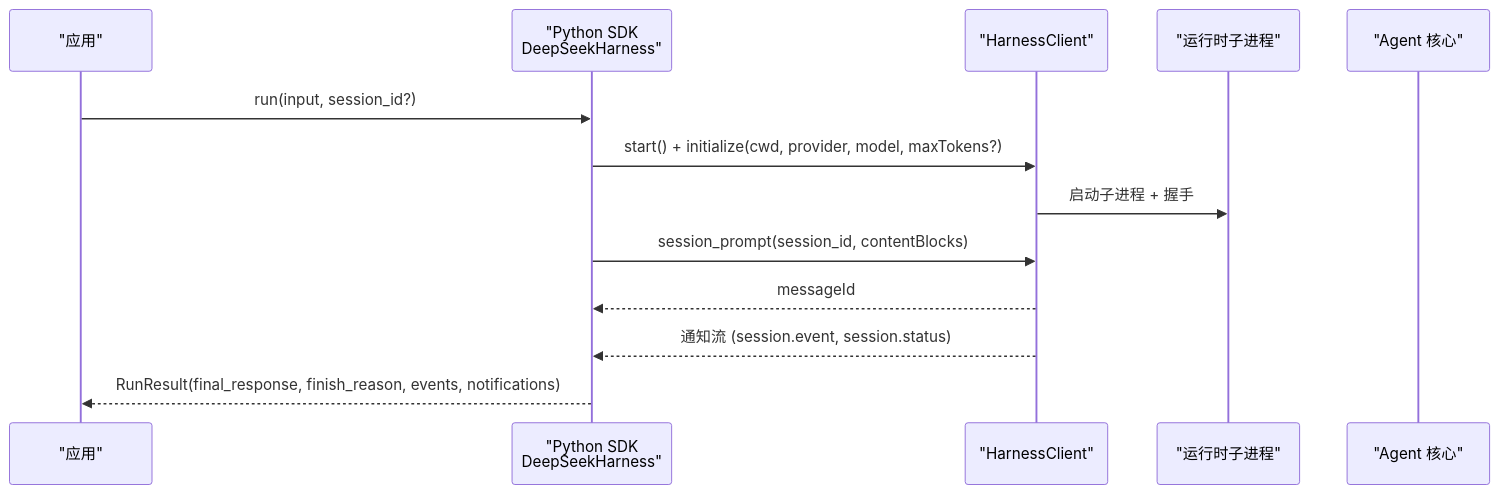
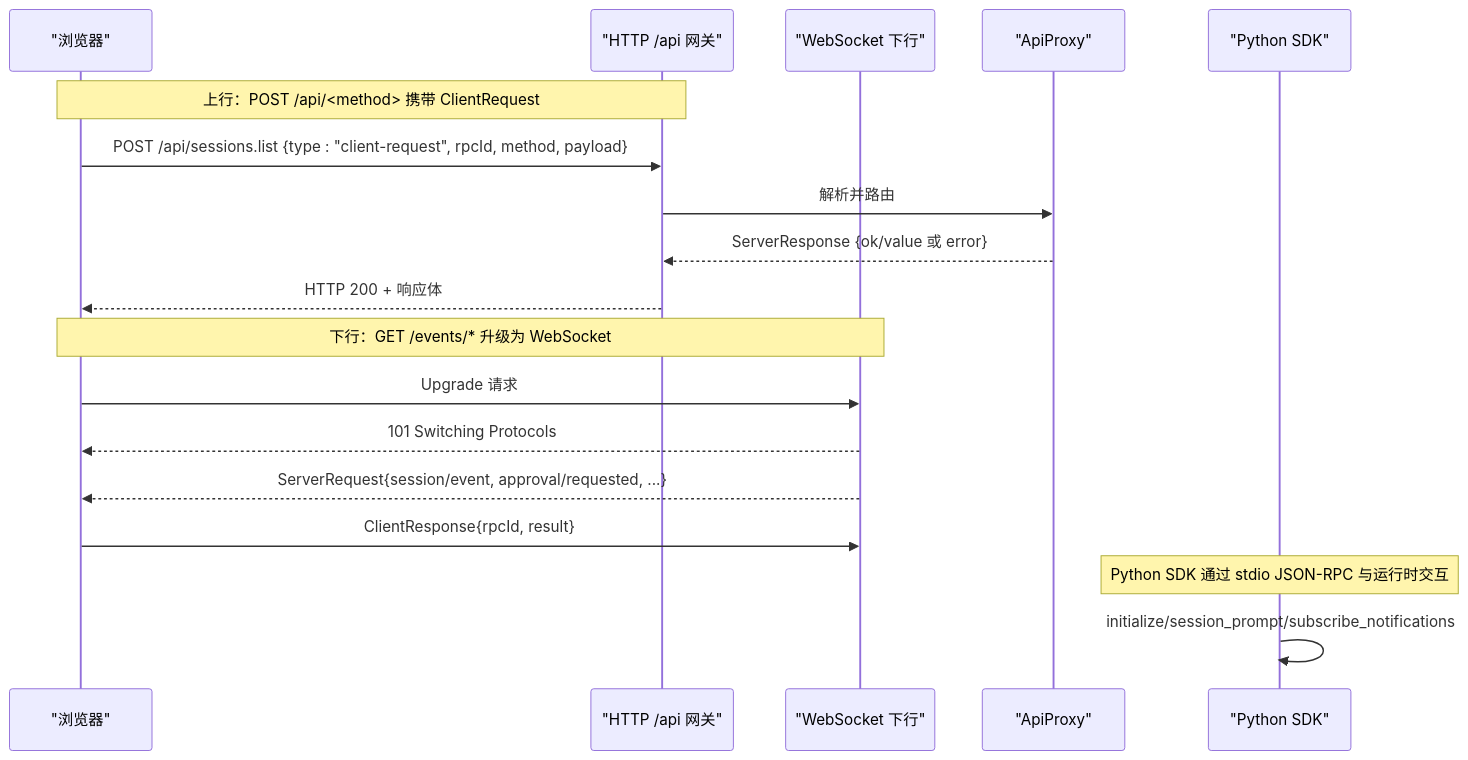
One commit to gongzili456/deepseek-harness changed the second of 7 diagrams in .qoder/repowiki/zh/content/API 参考/API 参考.md. Above: the diagram before and after it, drawn with Mermaid. The commit also changed other lines of this file and 1001 other files, not shown here.

````diff
--- a/.qoder/repowiki/zh/content/API 参考/API 参考.md
+++ b/.qoder/repowiki/zh/content/API 参考/API 参考.md
@@ -84,15 +92,20 @@
 ```mermaid
 sequenceDiagram
-participant App as "应用"
-participant Py as "Python SDK<br/>DeepSeekHarness"
-participant Cli as "HarnessClient"
-participant RT as "运行时子进程"
-participant AG as "Agent 核心"
-App->>Py : run(input, session_id?)
-Py->>Cli : start() + initialize(cwd, provider, model, maxTokens?)
-Cli->>RT : 启动子进程 + 握手
-Py->>Cli : session_prompt(session_id, contentBlocks)
-Cli-->>Py : messageId
-Cli-->>Py : 通知流 (session.event, session.status)
-Py-->>App : RunResult(final_response, finish_reason, events, notifications)
+participant B as "浏览器"
+participant H as "HTTP /api 网关"
+participant W as "WebSocket 下行"
+participant A as "ApiProxy"
+participant P as "Python SDK"
+Note over B,H : 上行：POST /api/<method> 携带 ClientRequest
+B->>H : POST /api/sessions.list {type : "client-request", rpcId, method, payload}
+H->>A : 解析并路由
+A-->>H : ServerResponse {ok/value 或 error}
+H-->>B : HTTP 200 + 响应体
+Note over B,W : 下行：GET /events/* 升级为 WebSocket
+B->>W : Upgrade 请求
+W-->>B : 101 Switching Protocols
+W-->>B : ServerRequest{session/event, approval/requested, ...}
+B->>W : ClientResponse{rpcId, result}
+Note over P : Python SDK 通过 stdio JSON-RPC 与运行时交互
+P->>P : initialize/session_prompt/subscribe_notifications
 ```
````
